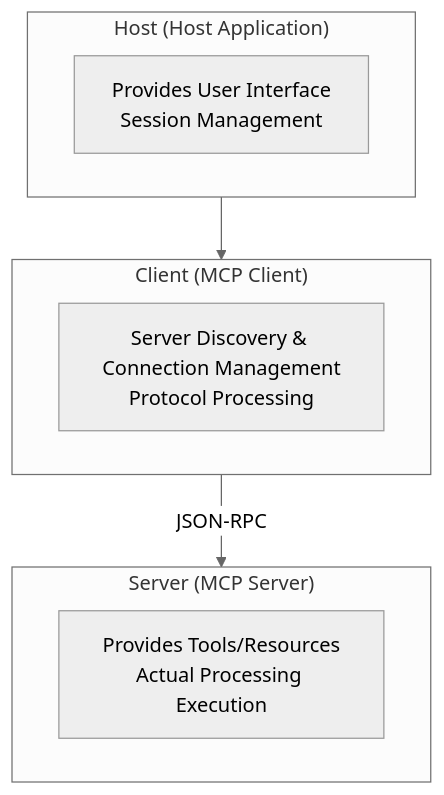
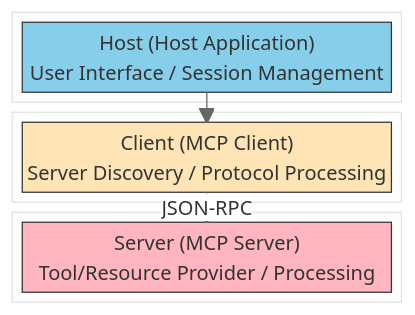
The second of 9 diagrams in docs/concepts/03-architecture.md (shuji-bonji/ai-agent-architecture), drawn with Mermaid (neutral theme) before and after one commit. The commit also changed other lines of this file and 13 other files, not shown here.

Commit message:
fix: Mermaidダイアグラム図の改善

````diff
--- a/docs/concepts/03-architecture.md
+++ b/docs/concepts/03-architecture.md
@@ -101,17 +101,23 @@
 ```mermaid
-graph TB
-    subgraph Host["Host (Host Application)"]
-        H_DESC["Provides User Interface<br/>Session Management"]
+block-beta
+    columns 1
+
+    block:HOST_BLOCK:1
+        HOST["Host (Host Application)\nUser Interface / Session Management"]
     end
 
-    subgraph Client["Client (MCP Client)"]
-        C_DESC["Server Discovery & Connection Management<br/>Protocol Processing"]
+    block:CLIENT_BLOCK:1
+        CLIENT["Client (MCP Client)\nServer Discovery / Protocol Processing"]
     end
 
-    subgraph Server["Server (MCP Server)"]
-        S_DESC["Provides Tools/Resources<br/>Actual Processing Execution"]
+    block:SERVER_BLOCK:1
+        SERVER["Server (MCP Server)\nTool/Resource Provider / Processing"]
     end
 
-    Host --> Client
-    Client -->|JSON-RPC| Server
+    HOST --> CLIENT
+    CLIENT --"JSON-RPC"--> SERVER
+
+    style HOST fill:#87CEEB,color:#333,stroke:#333
+    style CLIENT fill:#FFE4B5,color:#333,stroke:#333
+    style SERVER fill:#FFB6C1,color:#333,stroke:#333
 ```
````
